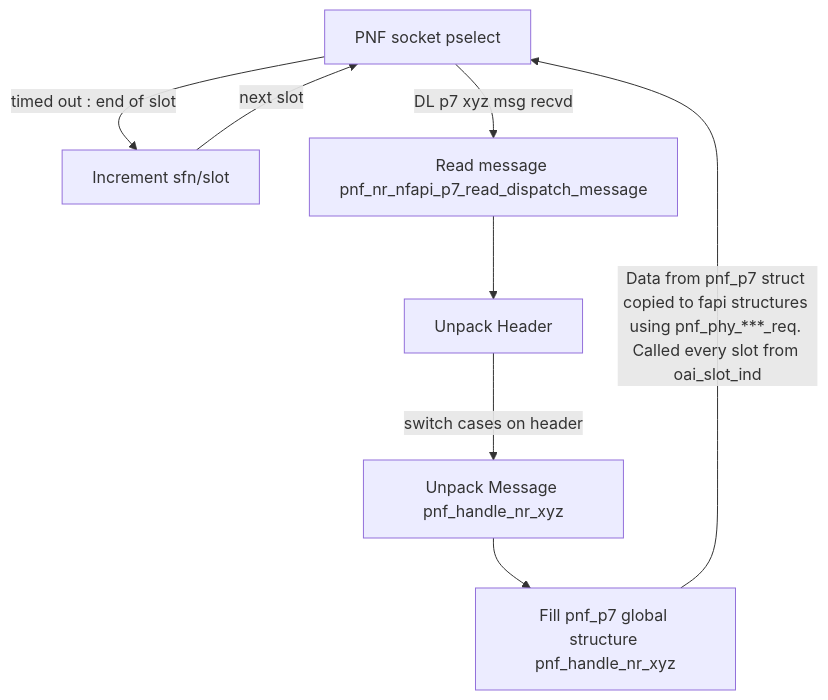
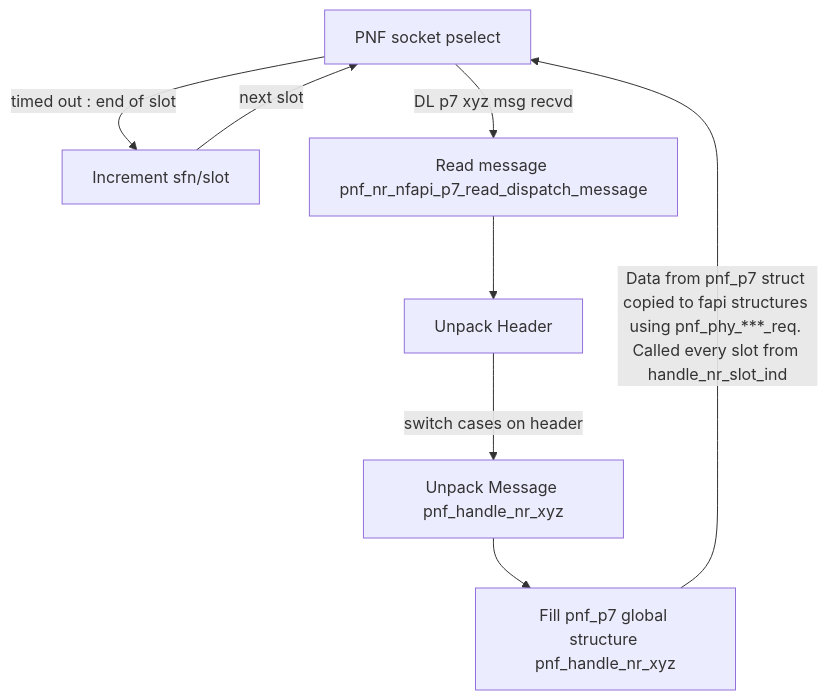
The second of 2 diagrams in doc/NR_NFAPI_archi.md (OPENAIRINTERFACE/openairinterface5g), drawn with Mermaid before and after one commit. The commit also changed 6 other files, not shown here.

````diff
--- a/doc/NR_NFAPI_archi.md
+++ b/doc/NR_NFAPI_archi.md
@@ -111,8 +111,8 @@
 ```mermaid
 
 graph TB
     pselect[PNF socket pselect] -- timed out : end of slot --> slot_inc[Increment sfn/slot];
-    pselect[PNF socket pselect] -- DL p7 xyz msg recvd --> msg_recvd[Read message pnf_nr_nfapi_p7_read_dispatch_message] --> header_unpack[Unpack Header] -- switch cases on header --> unpack_msg[Unpack Message pnf_handle_nr_xyz] --> fill_pnf_p7[Fill pnf_p7 global structure pnf_handle_nr_xyz] --Data from pnf_p7 struct copied to fapi structures using pnf_phy_***_req. Called every slot from oai_slot_ind-->pselect;
+    pselect[PNF socket pselect] -- DL p7 xyz msg recvd --> msg_recvd[Read message pnf_nr_nfapi_p7_read_dispatch_message] --> header_unpack[Unpack Header] -- switch cases on header --> unpack_msg[Unpack Message pnf_handle_nr_xyz] --> fill_pnf_p7[Fill pnf_p7 global structure pnf_handle_nr_xyz] --Data from pnf_p7 struct copied to fapi structures using pnf_phy_***_req. Called every slot from handle_nr_slot_ind-->pselect;
 
     slot_inc -- next slot --> pselect
 ```
````
